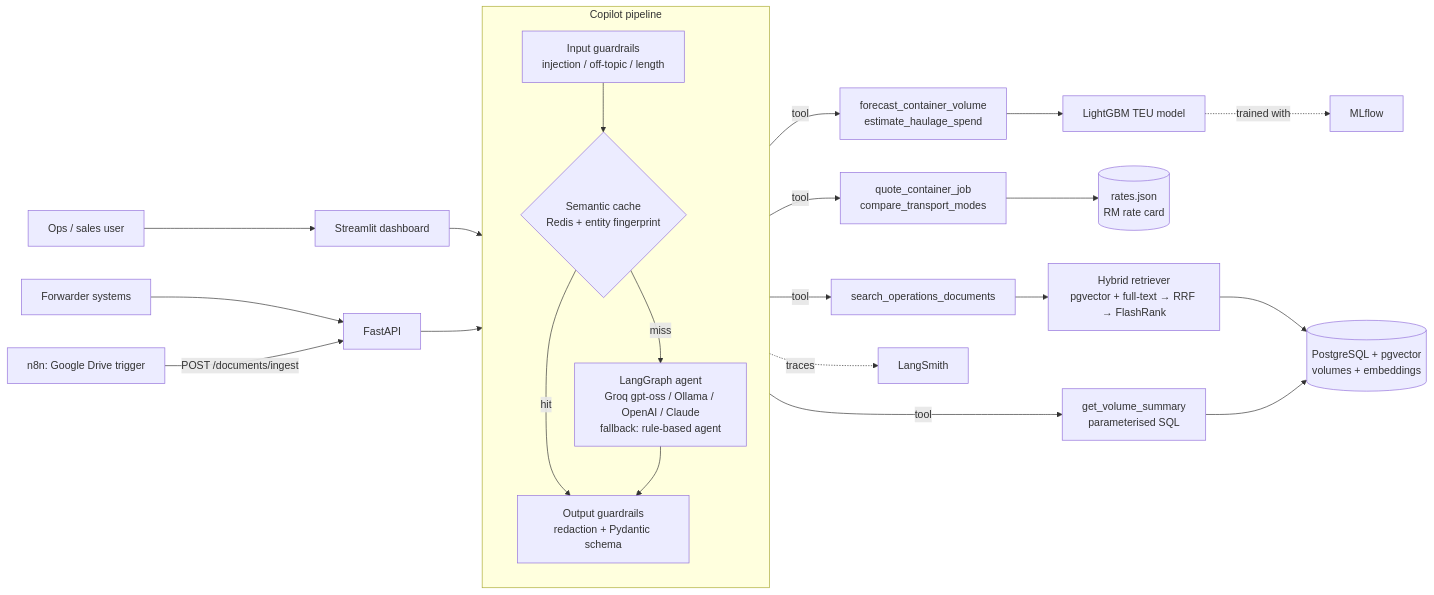
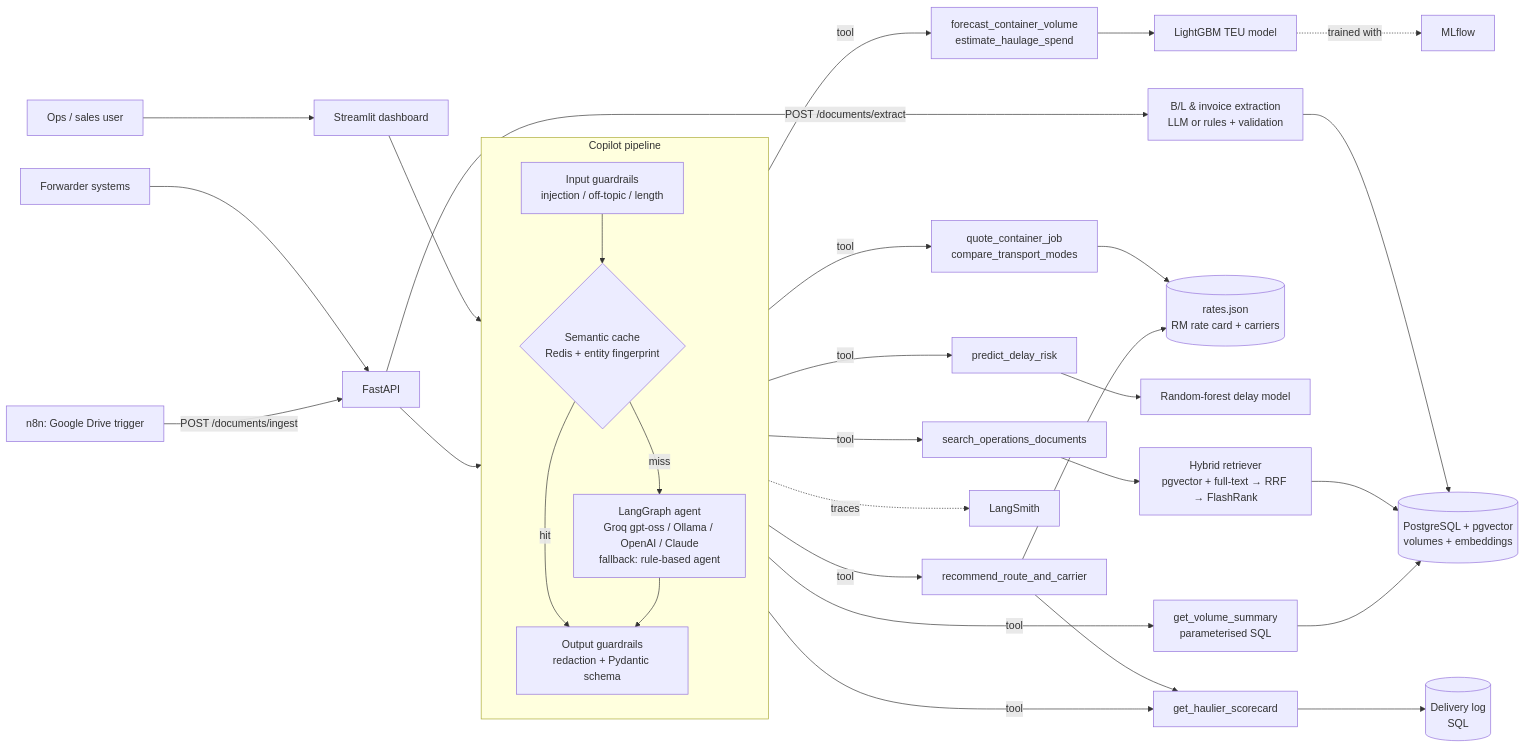
One commit to kl2412018279-ux/supply-chain-ai-copilot changed the diagram in README.md. Above: the diagram before and after it, drawn with Mermaid. The commit also changed other lines of this file and 24 other files, not shown here.

````diff
--- a/README.md
+++ b/README.md
@@ -37,29 +43,38 @@
 ```mermaid
 flowchart LR
     U[Ops / sales user] --> UI[Streamlit dashboard]
     F[Forwarder systems] --> API[FastAPI]
     N8N[n8n: Google Drive trigger] -->|POST /documents/ingest| API
     UI --> COP
     API --> COP
 
     subgraph COP[Copilot pipeline]
         direction TB
         G1[Input guardrails<br/>injection / off-topic / length] --> C{Semantic cache<br/>Redis + entity fingerprint}
         C -- hit --> OUT
         C -- miss --> AG[LangGraph agent<br/>Groq gpt-oss / Ollama / OpenAI / Claude<br/>fallback: rule-based agent]
         AG --> OUT[Output guardrails<br/>redaction + Pydantic schema]
     end
 
     AG -->|tool| Q[quote_container_job<br/>compare_transport_modes]
     AG -->|tool| FC[forecast_container_volume<br/>estimate_haulage_spend]
     AG -->|tool| V[get_volume_summary<br/>parameterised SQL]
     AG -->|tool| D[search_operations_documents]
+    AG -->|tool| R[recommend_route_and_carrier]
+    AG -->|tool| DR[predict_delay_risk]
+    AG -->|tool| HS[get_haulier_scorecard]
 
-    Q --> RC[(rates.json<br/>RM rate card)]
+    Q --> RC[(rates.json<br/>RM rate card + carriers)]
+    R --> RC
+    R --> HS
+    DR --> RF[Random-forest delay model]
+    HS --> DL[(Delivery log<br/>SQL)]
+    API -->|POST /documents/extract| X[B/L & invoice extraction<br/>LLM or rules + validation]
+    X --> PG
     FC --> LGB[LightGBM TEU model]
     D --> HR[Hybrid retriever<br/>pgvector + full-text → RRF → FlashRank]
     HR --> PG[(PostgreSQL + pgvector<br/>volumes + embeddings)]
     V --> PG
     AG -. traces .-> LS[LangSmith]
     LGB -. trained with .-> MLF[MLflow]
 ```
````
